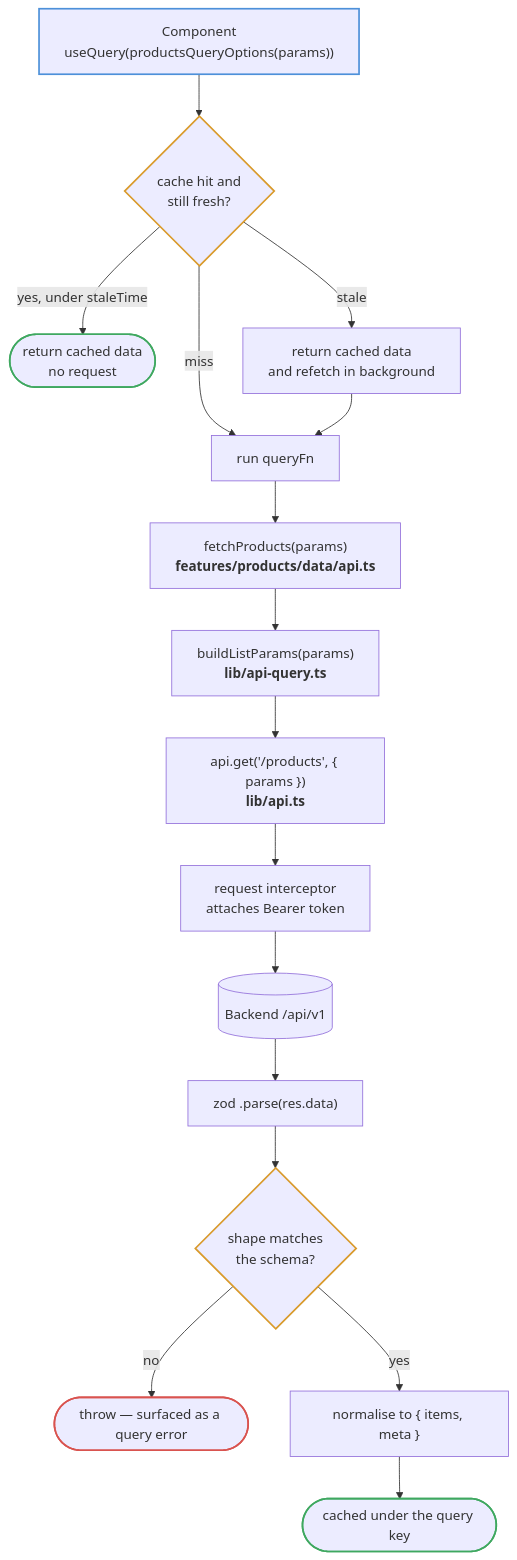
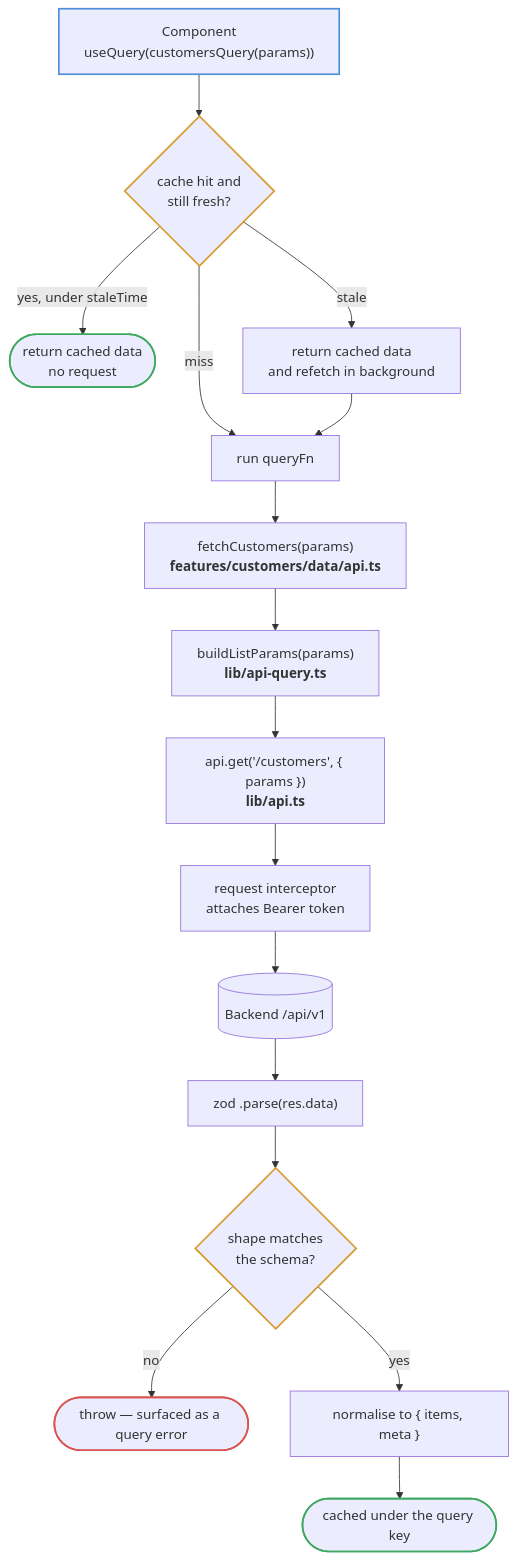
One commit to TGCTZ/TGC-SERVICE-FRONTEND changed the first of 5 diagrams in docs/diagrams/data-fetching.md. Above: the diagram before and after it, drawn with Mermaid. The commit also changed other lines of this file and 18 other files, not shown here.

````diff
--- a/docs/diagrams/data-fetching.md
+++ b/docs/diagrams/data-fetching.md
@@ -8,28 +8,28 @@
 ```mermaid
 flowchart TD
-    COMP["Component<br/>useQuery(productsQueryOptions(params))"] --> CACHE{"cache hit and<br/>still fresh?"}
+    COMP["Component<br/>useQuery(customersQuery(params))"] --> CACHE{"cache hit and<br/>still fresh?"}
 
     CACHE -->|"yes, under staleTime"| SERVE(["return cached data<br/>no request"])
     CACHE -->|"stale"| BOTH["return cached data<br/>and refetch in background"]
     CACHE -->|miss| FETCH["run queryFn"]
 
     BOTH --> FETCH
-    FETCH --> APIFN["fetchProducts(params)<br/><b>features/products/data/api.ts</b>"]
+    FETCH --> APIFN["fetchCustomers(params)<br/><b>features/customers/data/api.ts</b>"]
     APIFN --> BUILD["buildListParams(params)<br/><b>lib/api-query.ts</b>"]
-    BUILD --> AXIOS["api.get('/products', { params })<br/><b>lib/api.ts</b>"]
+    BUILD --> AXIOS["api.get('/customers', { params })<br/><b>lib/api.ts</b>"]
     AXIOS --> INTER["request interceptor<br/>attaches Bearer token"]
     INTER --> BACKEND[("Backend /api/v1")]
 
     BACKEND --> PARSE["zod .parse(res.data)"]
     PARSE --> VALID{"shape matches<br/>the schema?"}
     VALID -->|no| THROW(["throw — surfaced as a query error"])
     VALID -->|yes| STORE["normalise to { items, meta }"]
     STORE --> CACHED(["cached under the query key"])
 
     style COMP stroke:#4d90d9,stroke-width:2px
     style CACHE stroke:#d99a2b,stroke-width:2px
     style VALID stroke:#d99a2b,stroke-width:2px
     style SERVE stroke:#3fa860,stroke-width:2px
     style CACHED stroke:#3fa860,stroke-width:2px
     style THROW stroke:#d9534f,stroke-width:2px
 ```
````
